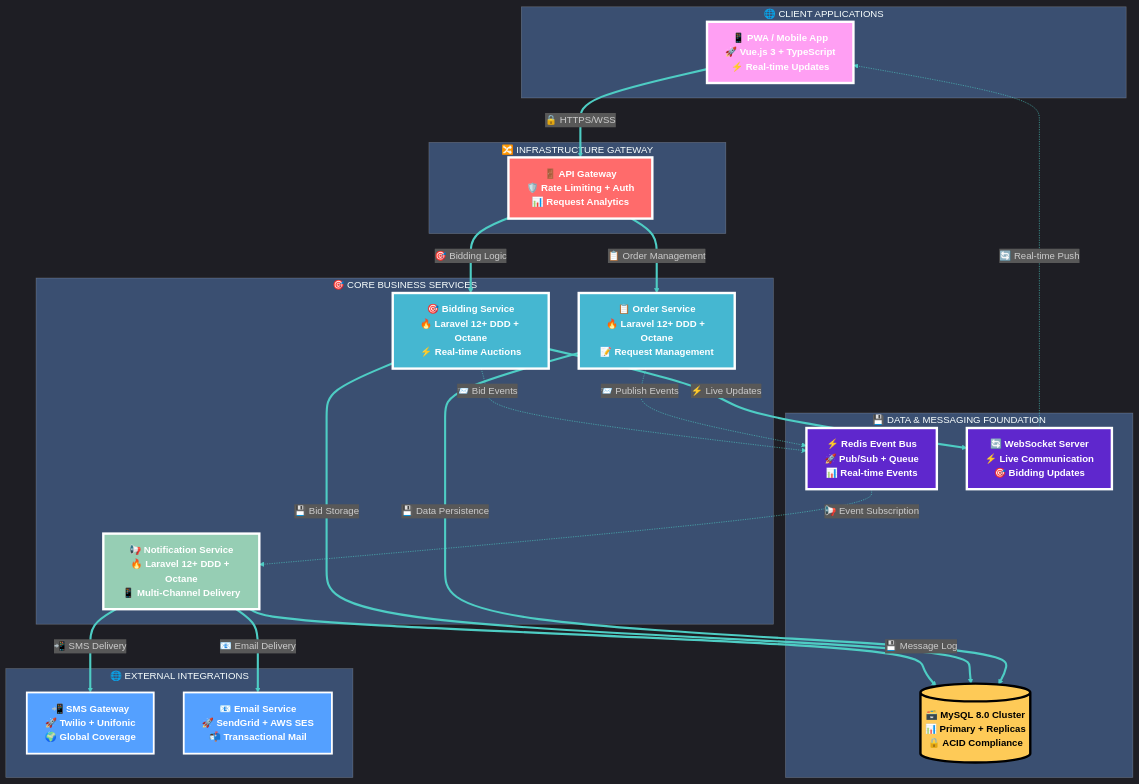
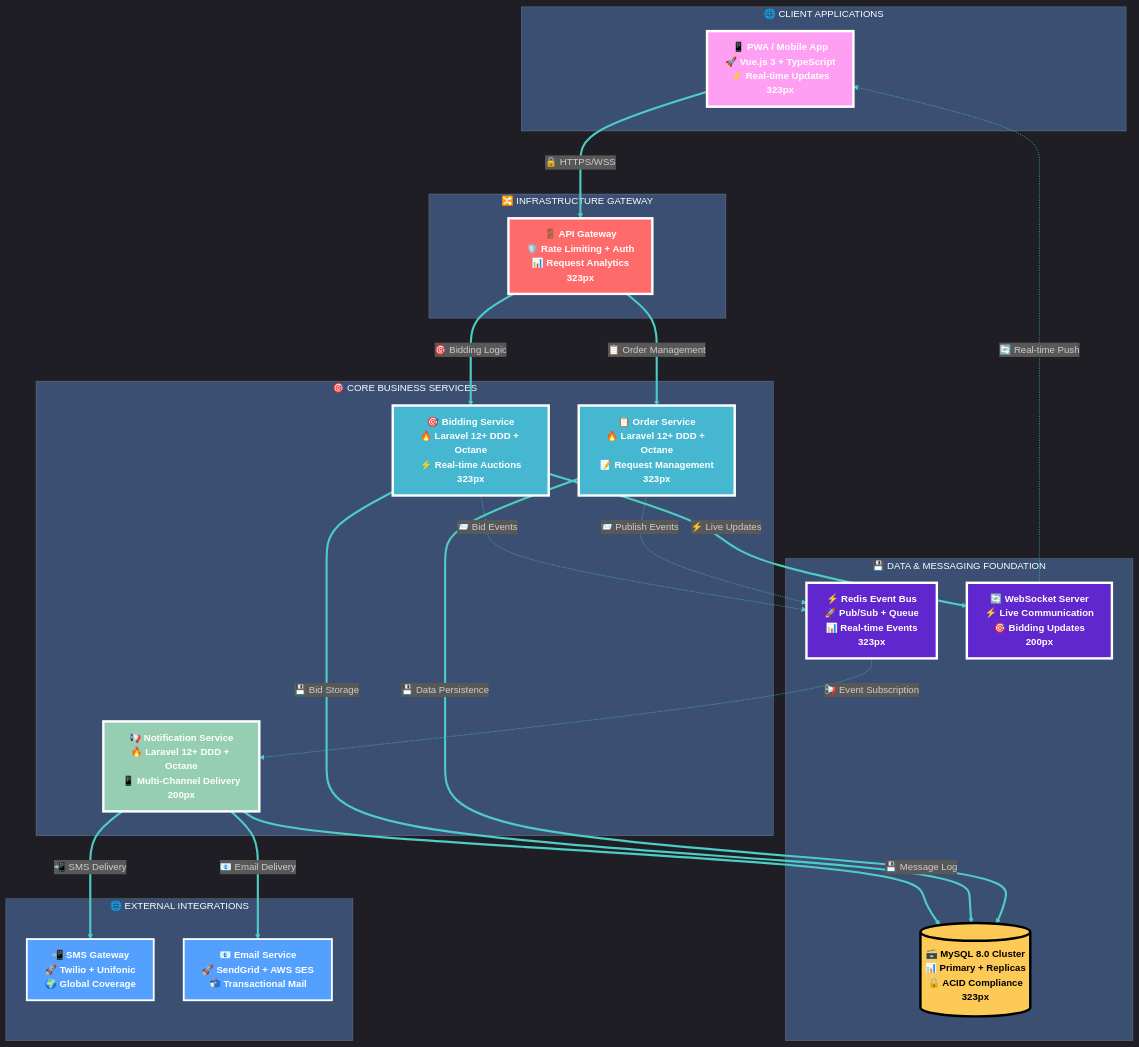
Before and after one commit to abdoElHodaky/larvrevrstender: the first of 2 diagrams in diagrams/bidding-system-flow.md, drawn with Mermaid. The commit also changed other lines of this file and 5 other files, not shown here.

First line of the commit message:
feat: Sequential Golden Ratio optimization - Phase 4 architectural diagrams

```diff
--- a/diagrams/bidding-system-flow.md
+++ b/diagrams/bidding-system-flow.md
@@ -16,28 +20,33 @@
     'mainBkg': '#1E293B',
     'secondBkg': '#334155',
     'tertiaryBkg': '#475569'
+  },
+  'flowchart': {
+    'rankSpacing': 81,
+    'nodeSpacing': 50,
+    'curve': 'basis'
   }
 }}%%
 
 graph TB
     subgraph "🌐 CLIENT APPLICATIONS"
-        PWA["📱 PWA / Mobile App<br/>🚀 Vue.js 3 + TypeScript<br/>⚡ Real-time Updates"]
+        PWA["📱 PWA / Mobile App<br/>🚀 Vue.js 3 + TypeScript<br/>⚡ Real-time Updates<br/>323px"]
     end
 
     subgraph "🔀 INFRASTRUCTURE GATEWAY"
-        GW["🚪 API Gateway<br/>🛡️ Rate Limiting + Auth<br/>📊 Request Analytics"]
+        GW["🚪 API Gateway<br/>🛡️ Rate Limiting + Auth<br/>📊 Request Analytics<br/>323px"]
     end
 
     subgraph "🎯 CORE BUSINESS SERVICES"
-        Order["📋 Order Service<br/>🔥 Laravel 12+ DDD + Octane<br/>📝 Request Management"]
-        Bidding["🎯 Bidding Service<br/>🔥 Laravel 12+ DDD + Octane<br/>⚡ Real-time Auctions"]
-        Notif["📢 Notification Service<br/>🔥 Laravel 12+ DDD + Octane<br/>📱 Multi-Channel Delivery"]
+        Order["📋 Order Service<br/>🔥 Laravel 12+ DDD + Octane<br/>📝 Request Management<br/>323px"]
+        Bidding["🎯 Bidding Service<br/>🔥 Laravel 12+ DDD + Octane<br/>⚡ Real-time Auctions<br/>323px"]
+        Notif["📢 Notification Service<br/>🔥 Laravel 12+ DDD + Octane<br/>📱 Multi-Channel Delivery<br/>200px"]
     end
 
     subgraph "💾 DATA & MESSAGING FOUNDATION"
-        Redis["⚡ Redis Event Bus<br/>🚀 Pub/Sub + Queue<br/>📊 Real-time Events"]
-        WS["🔄 WebSocket Server<br/>⚡ Live Communication<br/>🎯 Bidding Updates"]
-        DB[("🗃️ MySQL 8.0 Cluster<br/>📊 Primary + Replicas<br/>🔒 ACID Compliance")]
+        Redis["⚡ Redis Event Bus<br/>🚀 Pub/Sub + Queue<br/>📊 Real-time Events<br/>323px"]
+        WS["🔄 WebSocket Server<br/>⚡ Live Communication<br/>🎯 Bidding Updates<br/>200px"]
+        DB[("🗃️ MySQL 8.0 Cluster<br/>📊 Primary + Replicas<br/>🔒 ACID Compliance<br/>323px")]
     end
 
     subgraph "🌐 EXTERNAL INTEGRATIONS"
```
